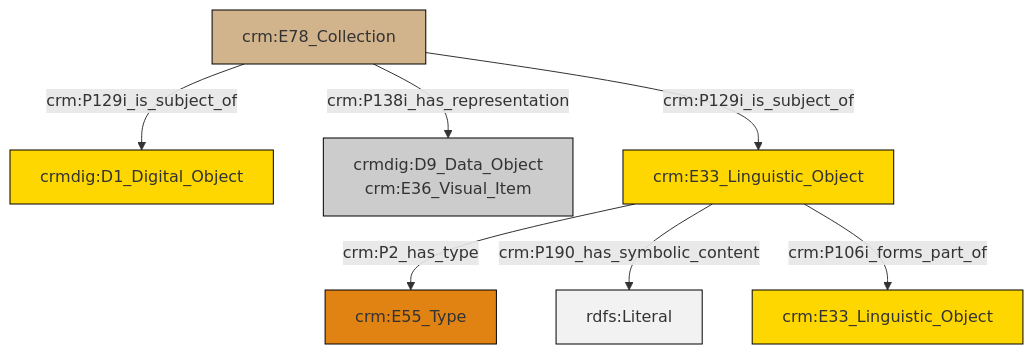
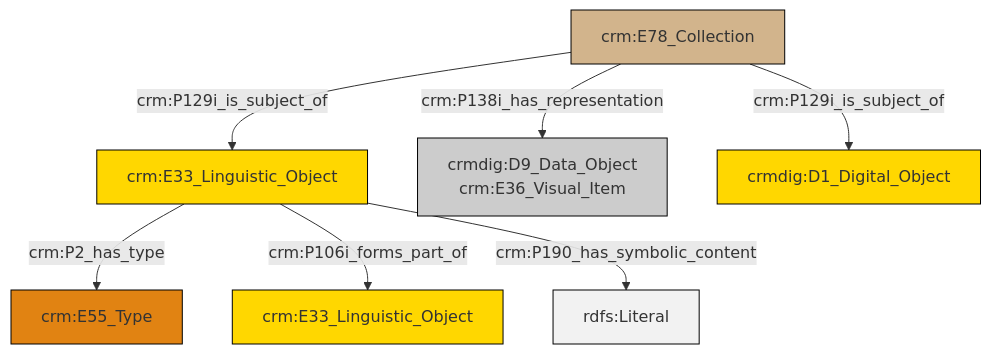
Before and after one commit to swiss-art-research-net/docs.swissartresearch: the diagram in et/archivalCSV/ttl/mmd/archival_docs.ttl.mmd, drawn with Mermaid. The commit also changed 180 other files, not shown here.

```diff
--- a/et/archivalCSV/ttl/mmd/archival_docs.ttl.mmd
+++ b/et/archivalCSV/ttl/mmd/archival_docs.ttl.mmd
@@ -1,21 +1,21 @@
 graph TD
 classDef Literal fill:#f2f2f2,stroke:#000000;
 classDef CRM_Entity fill:#FFFFFF,stroke:#000000;
 classDef Temporal_Entity fill:#00C9E6, stroke:#000000;
 classDef Type fill:#E18312, stroke:#000000;
 classDef Time-Span fill:#2C9C91, stroke:#000000;
 classDef Appellation fill:#FFEB7F, stroke:#000000;
 classDef Place fill:#008836, stroke:#000000;
 classDef Persistent_Item fill:#B266B2, stroke:#000000;
 classDef Conceptual_Object fill:#FFD700, stroke:#000000;
 classDef Physical_Thing fill:#D2B48C, stroke:#000000;
 classDef Actor fill:#f58aad, stroke:#000000;
 classDef PC_Classes fill:#4ce600, stroke:#000000;
 classDef Multi fill:#cccccc,stroke:#000000;
 
-2["crm:E78_Collection"]:::Physical_Thing -->|crm:P129i_is_subject_of| 0["crmdig:D1_Digital_Object"]:::Conceptual_Object
-2["crm:E78_Collection"]:::Physical_Thing -->|crm:P138i_has_representation| 4["crmdig:D9_Data_Object<br>crm:E36_Visual_Item"]:::Multi
-6["crm:E33_Linguistic_Object"]:::Conceptual_Object -->|crm:P2_has_type| 8["crm:E55_Type"]:::Type
-6["crm:E33_Linguistic_Object"]:::Conceptual_Object -->|crm:P190_has_symbolic_content| 13[rdfs:Literal]:::Literal
-2["crm:E78_Collection"]:::Physical_Thing -->|crm:P129i_is_subject_of| 6["crm:E33_Linguistic_Object"]:::Conceptual_Object
-6["crm:E33_Linguistic_Object"]:::Conceptual_Object -->|crm:P106i_forms_part_of| 11["crm:E33_Linguistic_Object"]:::Conceptual_Object
+0["crm:E33_Linguistic_Object"]:::Conceptual_Object -->|crm:P2_has_type| 2["crm:E55_Type"]:::Type
+6["crm:E78_Collection"]:::Physical_Thing -->|crm:P138i_has_representation| 4["crmdig:D9_Data_Object<br>crm:E36_Visual_Item"]:::Multi
+6["crm:E78_Collection"]:::Physical_Thing -->|crm:P129i_is_subject_of| 0["crm:E33_Linguistic_Object"]:::Conceptual_Object
+0["crm:E33_Linguistic_Object"]:::Conceptual_Object -->|crm:P106i_forms_part_of| 7["crm:E33_Linguistic_Object"]:::Conceptual_Object
+0["crm:E33_Linguistic_Object"]:::Conceptual_Object -->|crm:P190_has_symbolic_content| 9[rdfs:Literal]:::Literal
+6["crm:E78_Collection"]:::Physical_Thing -->|crm:P129i_is_subject_of| 13["crmdig:D1_Digital_Object"]:::Conceptual_Object
```
